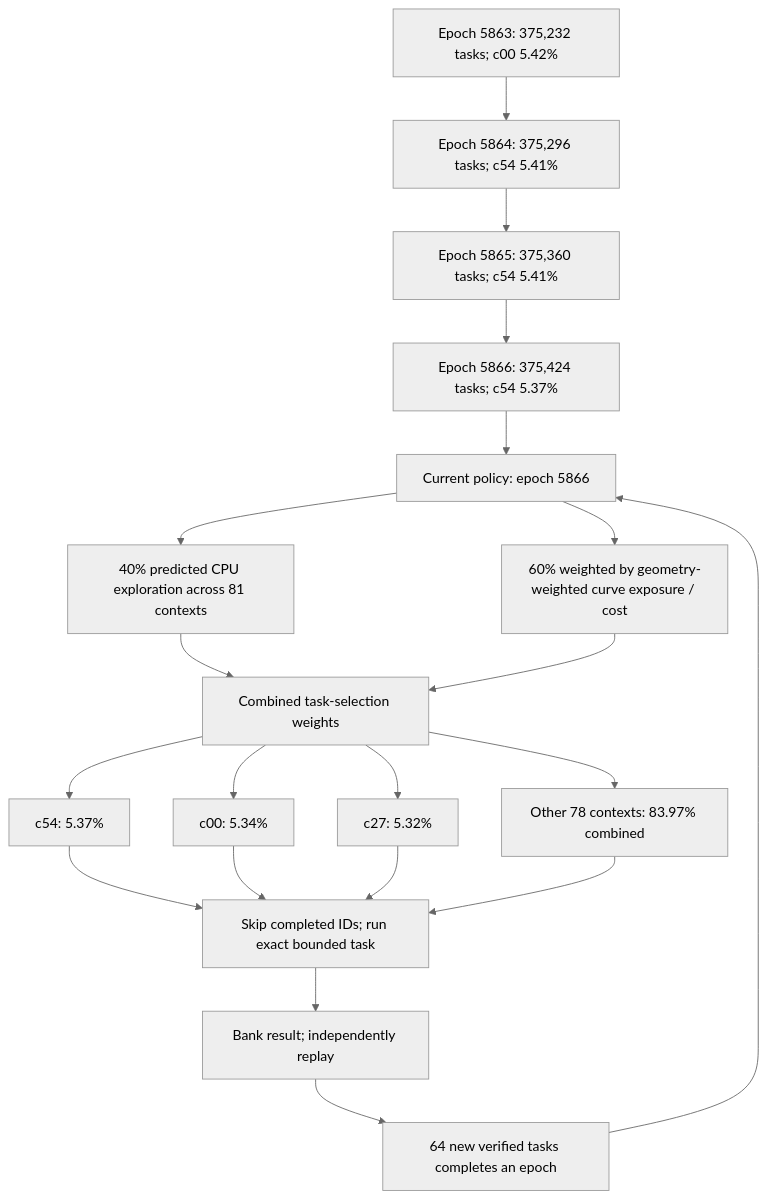
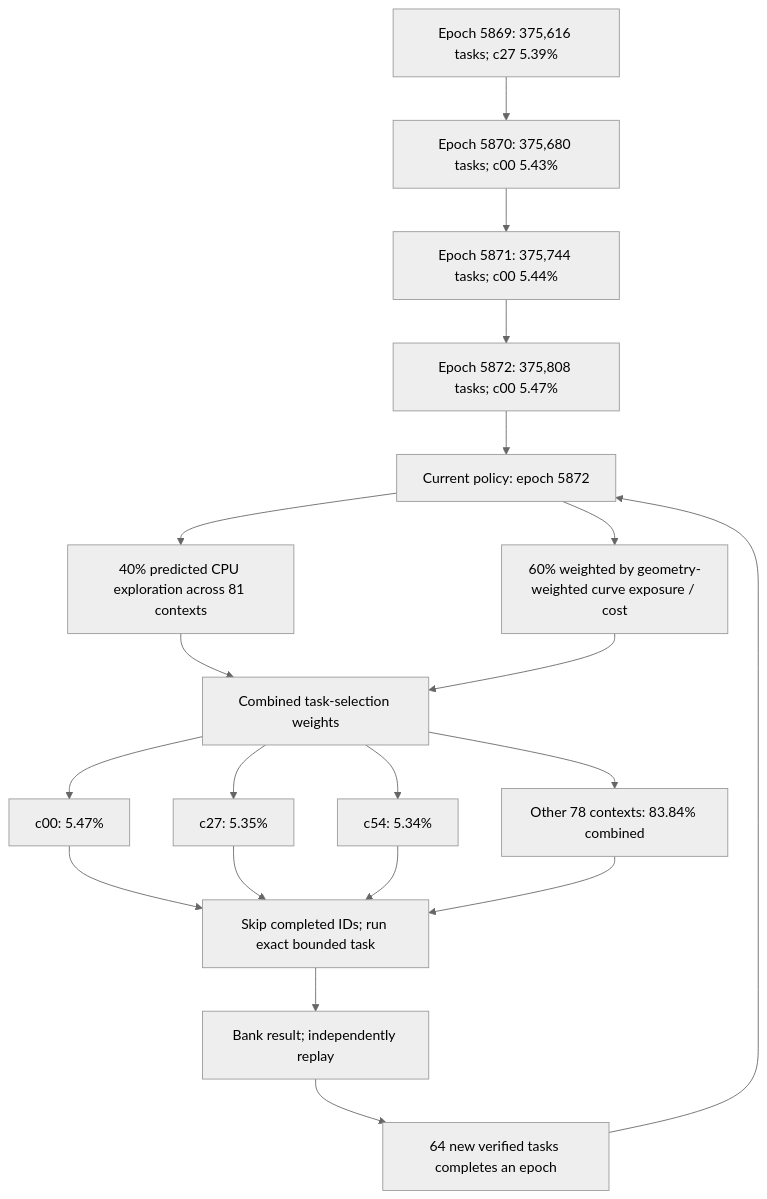
Before and after one commit to Kuberwastaken/math-gambling: the first of 3 diagrams in README.md, drawn with Mermaid (neutral theme). The commit also changed other lines of this file and 1821 other files, not shown here.

````diff
--- a/README.md
+++ b/README.md
@@ -60,27 +60,27 @@
 ```mermaid
 flowchart TD
-    H0["Epoch 5863: 375,232 tasks; c00 5.42%"]
-    H1["Epoch 5864: 375,296 tasks; c54 5.41%"]
+    H0["Epoch 5869: 375,616 tasks; c27 5.39%"]
+    H1["Epoch 5870: 375,680 tasks; c00 5.43%"]
     H0 --> H1
-    H2["Epoch 5865: 375,360 tasks; c54 5.41%"]
+    H2["Epoch 5871: 375,744 tasks; c00 5.44%"]
     H1 --> H2
-    H3["Epoch 5866: 375,424 tasks; c54 5.37%"]
+    H3["Epoch 5872: 375,808 tasks; c00 5.47%"]
     H2 --> H3
-    Policy["Current policy: epoch 5866"]
+    Policy["Current policy: epoch 5872"]
     H3 --> Policy
     Policy --> Explore["40% predicted CPU exploration across 81 contexts"]
     Policy --> Cost["60% weighted by geometry-weighted curve exposure / cost"]
     Explore --> Mix["Combined task-selection weights"]
     Cost --> Mix
-    Mix --> C0["c54: 5.37%"]
-    Mix --> C1["c00: 5.34%"]
-    Mix --> C2["c27: 5.32%"]
-    Mix --> Rest["Other 78 contexts: 83.97% combined"]
+    Mix --> C0["c00: 5.47%"]
+    Mix --> C1["c27: 5.35%"]
+    Mix --> C2["c54: 5.34%"]
+    Mix --> Rest["Other 78 contexts: 83.84% combined"]
     C0 --> Check["Skip completed IDs; run exact bounded task"]
     C1 --> Check
     C2 --> Check
     Rest --> Check
     Check --> Replay["Bank result; independently replay"]
     Replay --> Gate["64 new verified tasks completes an epoch"]
     Gate --> Policy
 ```
````
